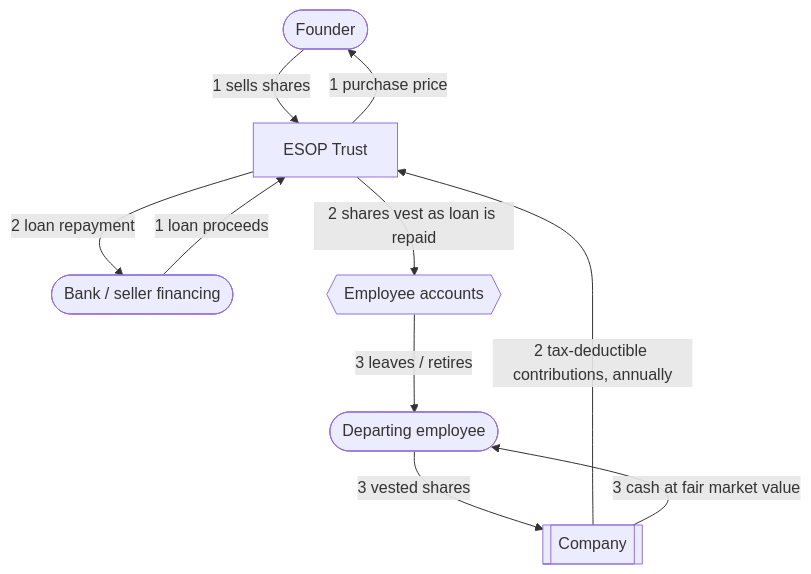
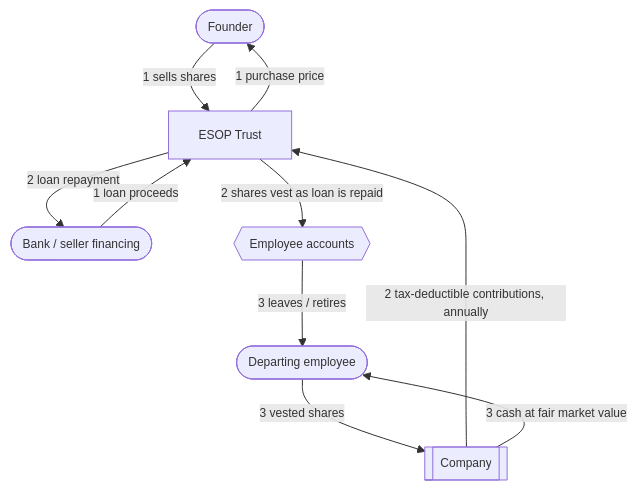
Before and after one commit to doikayt/admin: the first of 2 diagrams in governance/commons-hub-pattern.md, drawn with Mermaid. The commit also changed other lines of this file, not shown here.

First line of the commit message:
docs: shrink ESOP diagram font size to reduce label overlap

````diff
--- a/governance/commons-hub-pattern.md
+++ b/governance/commons-hub-pattern.md
@@ -402,19 +402,20 @@
 ```mermaid
+%%{init: {"themeVariables": {"fontSize": "12px"}}}%%
 flowchart TD
     Founder([Founder])
     Lender([Bank / seller financing])
     Trust[ESOP Trust]
     Company[[Company]]
     Employees{{Employee accounts}}
     Departing([Departing employee])
 
     Founder -- "1 sells shares" --> Trust
     Lender -- "1 loan proceeds" --> Trust
     Trust -- "1 purchase price" --> Founder
     Company -- "2 tax-deductible contributions, annually" --> Trust
     Trust -- "2 loan repayment" --> Lender
     Trust -- "2 shares vest as loan is repaid" --> Employees
     Employees -- "3 leaves / retires" --> Departing
     Departing -- "3 vested shares" --> Company
     Company -- "3 cash at fair market value" --> Departing
 ```
````
